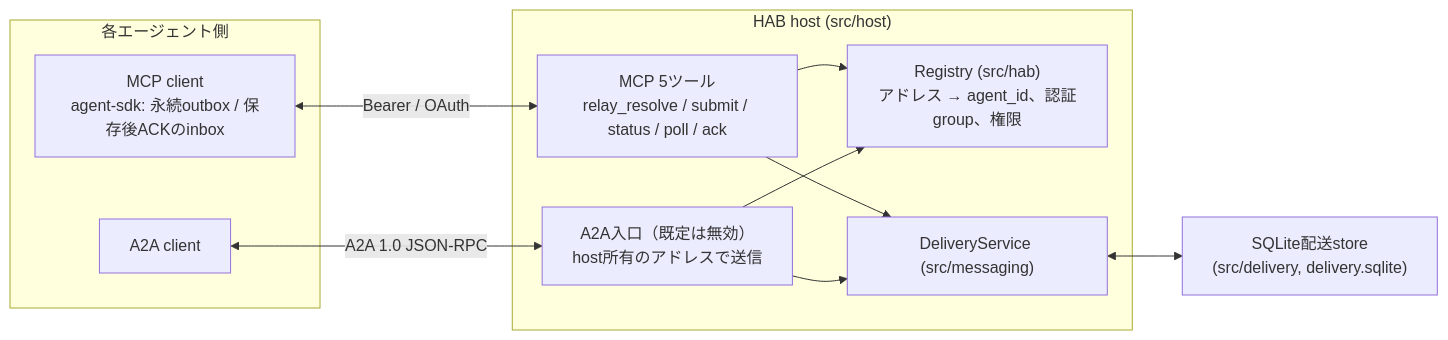
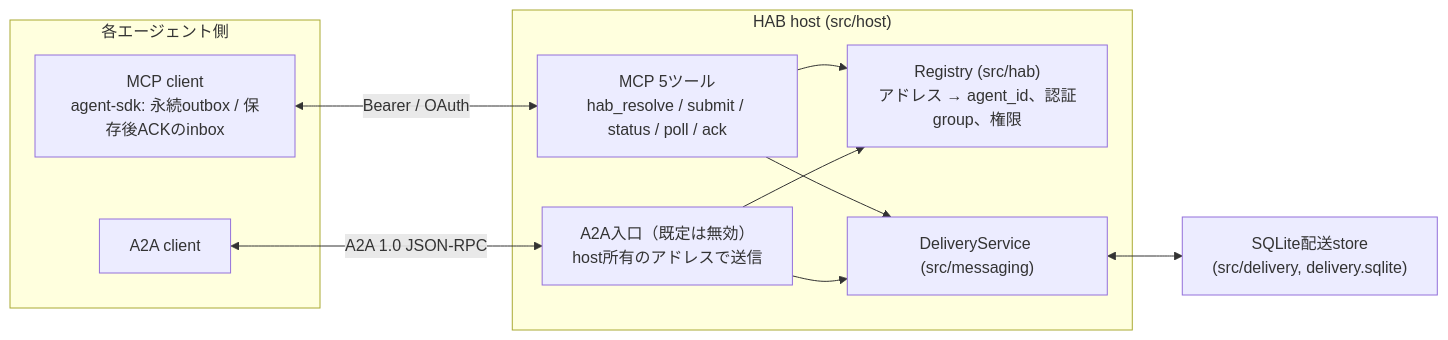
The first of 2 diagrams in README.md (s-hiraoku/hiraoku-agent-base), drawn with Mermaid before and after one commit. The commit also changed other lines of this file and 235 other files, not shown here.

First line of the commit message:
Relay の名前を廃止し、MCP ツールと内部名を hab_* に作り替える（ADR-019）

````diff
--- a/README.md
+++ b/README.md
@@ -48,21 +48,21 @@
 ```mermaid
 flowchart LR
   subgraph AG["各エージェント側"]
     MA["MCP client<br/>agent-sdk: 永続outbox / 保存後ACKのinbox"]
     AA["A2A client"]
   end
   subgraph HOST["HAB host (src/host)"]
-    MCP["MCP 5ツール<br/>relay_resolve / submit / status / poll / ack"]
+    MCP["MCP 5ツール<br/>hab_resolve / submit / status / poll / ack"]
     A2A["A2A入口（既定は無効）<br/>host所有のアドレスで送信"]
     REG["Registry (src/hab)<br/>アドレス → agent_id、認証group、権限"]
     DS["DeliveryService (src/messaging)"]
   end
   DB["SQLite配送store<br/>(src/delivery, delivery.sqlite)"]
   MA <-->|"Bearer / OAuth"| MCP
   AA <-->|"A2A 1.0 JSON-RPC"| A2A
   MCP --> REG
   A2A --> REG
   MCP --> DS
   A2A --> DS
   DS <--> DB
 ```
````
